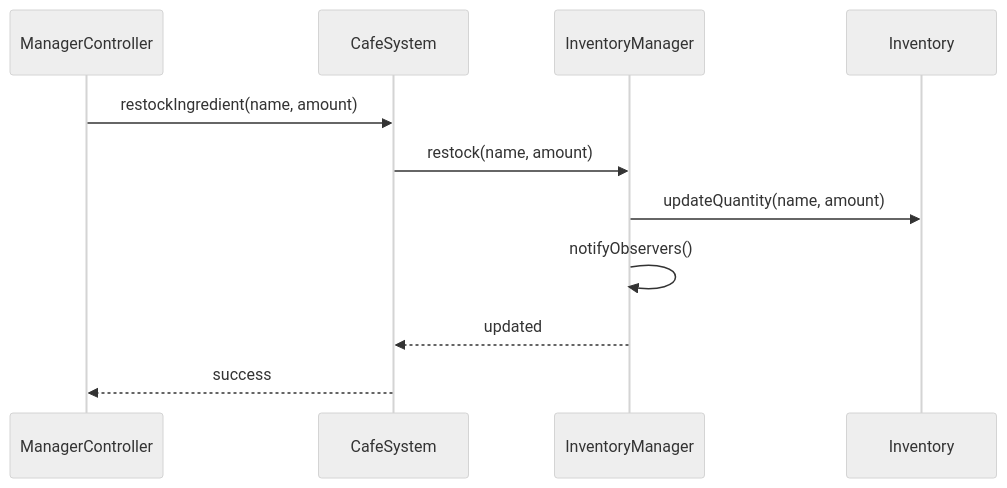
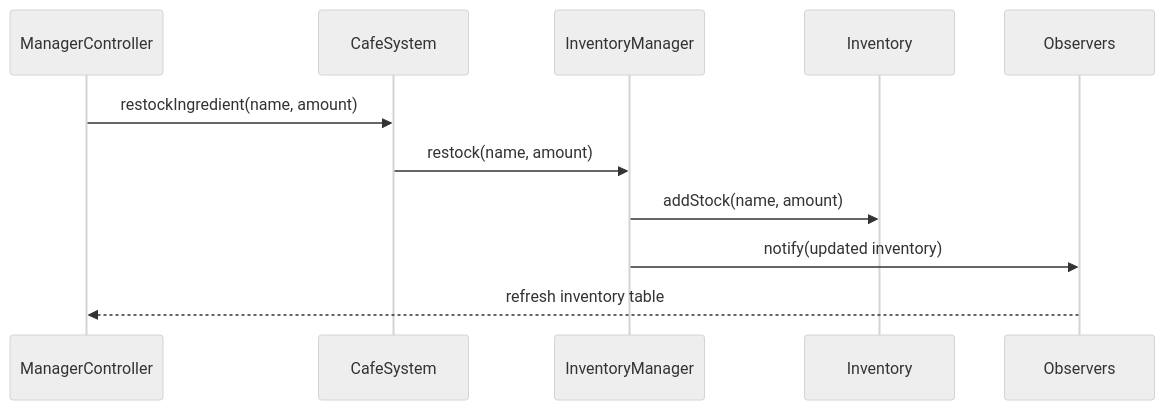
Before and after one commit to nhulchris/ICS-372-Group-Project: the fifth of 6 diagrams in docs/report.md, drawn with Mermaid (neutral theme). The commit also changed other lines of this file, not shown here.

````diff
--- a/docs/report.md
+++ b/docs/report.md
@@ -342,14 +378,14 @@
 ```mermaid
 sequenceDiagram
     participant M as ManagerController
     participant S as CafeSystem
     participant IM as InventoryManager
     participant I as Inventory
+    participant Obs as Observers
 
     M->>S: restockIngredient(name, amount)
     S->>IM: restock(name, amount)
-    IM->>I: updateQuantity(name, amount)
-    IM->>IM: notifyObservers()
-    IM-->>S: updated
-    S-->>M: success
+    IM->>I: addStock(name, amount)
+    IM->>Obs: notify(updated inventory)
+    Obs-->>M: refresh inventory table
 ```
````
